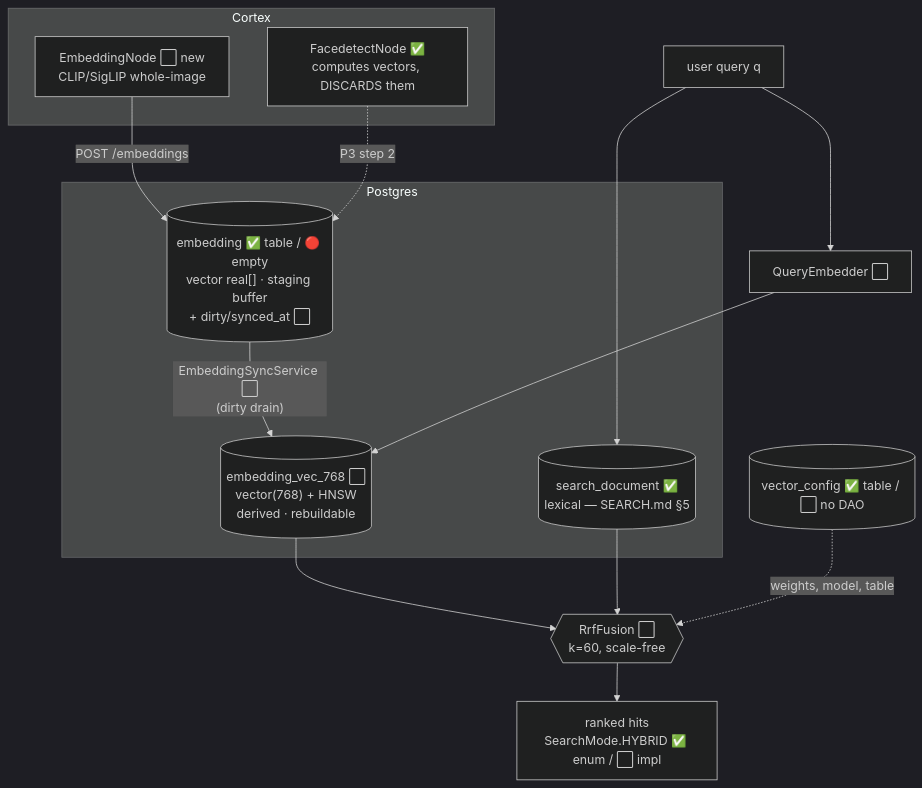
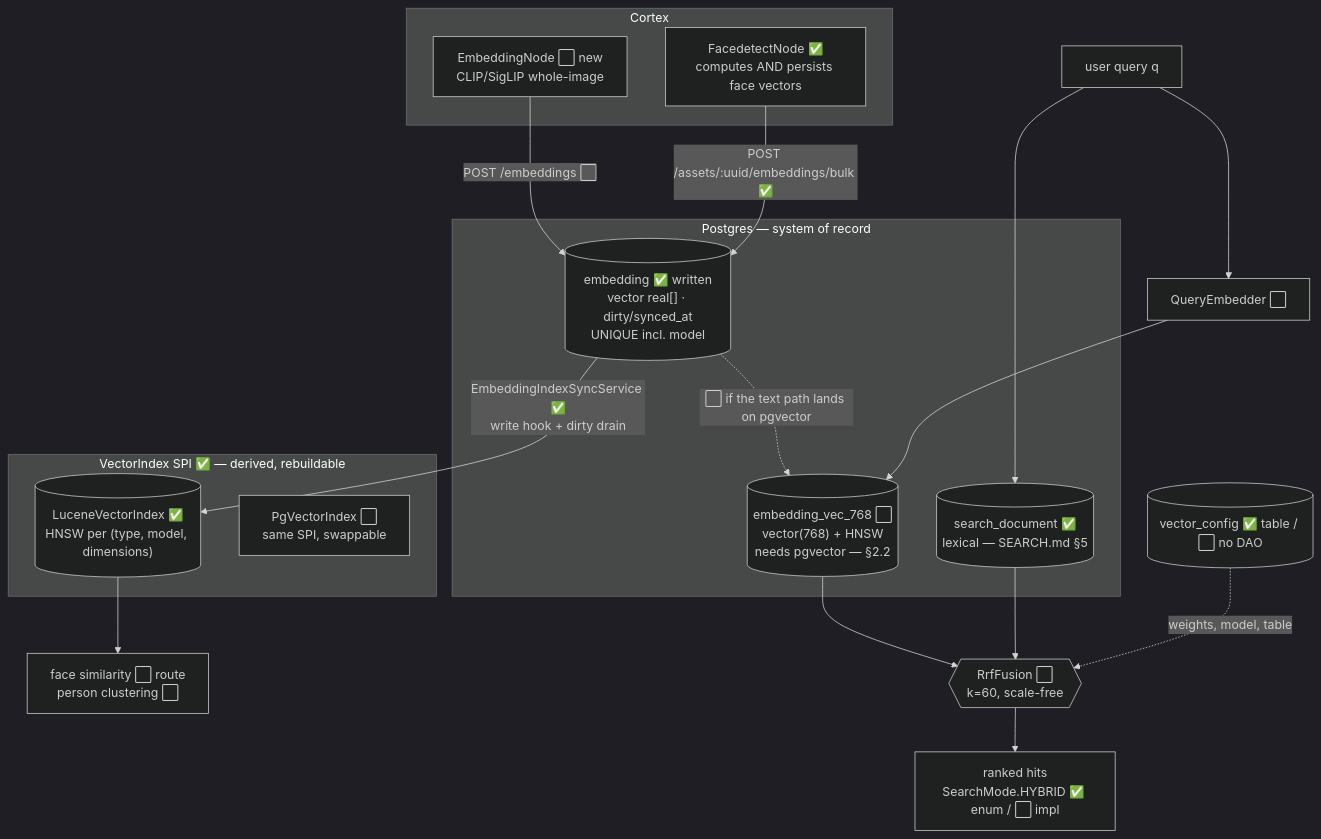
The diagram in spec/features/search/SEMANTIC_SEARCH.md (metaloom/metaloom), drawn with Mermaid (dark theme) before and after one commit. The commit also changed other lines of this file and 170 other files, not shown here.

Commit message:
Add face embedding persistence

````diff
--- a/spec/features/search/SEMANTIC_SEARCH.md
+++ b/spec/features/search/SEMANTIC_SEARCH.md
@@ -79,25 +117,34 @@
 ```mermaid
 graph TB
     subgraph cortex["Cortex"]
         EN["EmbeddingNode ⬜ new<br/>CLIP/SigLIP whole-image"]
-        FD["FacedetectNode ✅<br/>computes vectors, DISCARDS them"]
+        FD["FacedetectNode ✅<br/>computes AND persists face vectors"]
     end
-    EN -->|"POST /embeddings"| EMB
-    FD -.->|"P3 step 2"| EMB
+    EN -->|"POST /embeddings ⬜"| EMB
+    FD -->|"POST /assets/:uuid/embeddings/bulk ✅"| EMB
 
-    subgraph pg["Postgres"]
-        EMB[("embedding ✅ table / 🔴 empty<br/>vector real[] · staging buffer<br/>+ dirty/synced_at ⬜")]
-        VEC[("embedding_vec_768 ⬜<br/>vector(768) + HNSW<br/>derived · rebuildable")]
+    subgraph pg["Postgres — system of record"]
+        EMB[("embedding ✅ written<br/>vector real[] · dirty/synced_at<br/>UNIQUE incl. model")]
         DOC[("search_document ✅<br/>lexical — SEARCH.md §5")]
-        EMB -->|"EmbeddingSyncService ⬜<br/>(dirty drain)"| VEC
+        VEC[("embedding_vec_768 ⬜<br/>vector(768) + HNSW<br/>needs pgvector — §2.2")]
     end
+
+    EMB -->|"EmbeddingIndexSyncService ✅<br/>write hook + dirty drain"| LVI
+    EMB -.->|"⬜ if the text path lands on pgvector"| VEC
+
+    subgraph idx["VectorIndex SPI ✅ — derived, rebuildable"]
+        LVI[("LuceneVectorIndex ✅<br/>HNSW per (type, model, dimensions)")]
+        PVI["PgVectorIndex ⬜<br/>same SPI, swappable"]
+    end
+
+    LVI --> FACE["face similarity ⬜ route<br/>person clustering ⬜"]
 
     Q["user query q"] --> QE["QueryEmbedder ⬜"]
     QE --> VEC
     Q --> DOC
     VEC --> RRF{{"RrfFusion ⬜<br/>k=60, scale-free"}}
     DOC --> RRF
     RRF --> RES["ranked hits<br/>SearchMode.HYBRID ✅ enum / ⬜ impl"]
 
     VC[("vector_config ✅ table / ⬜ no DAO")] -.->|"weights, model, table"| RRF
 ```
````
